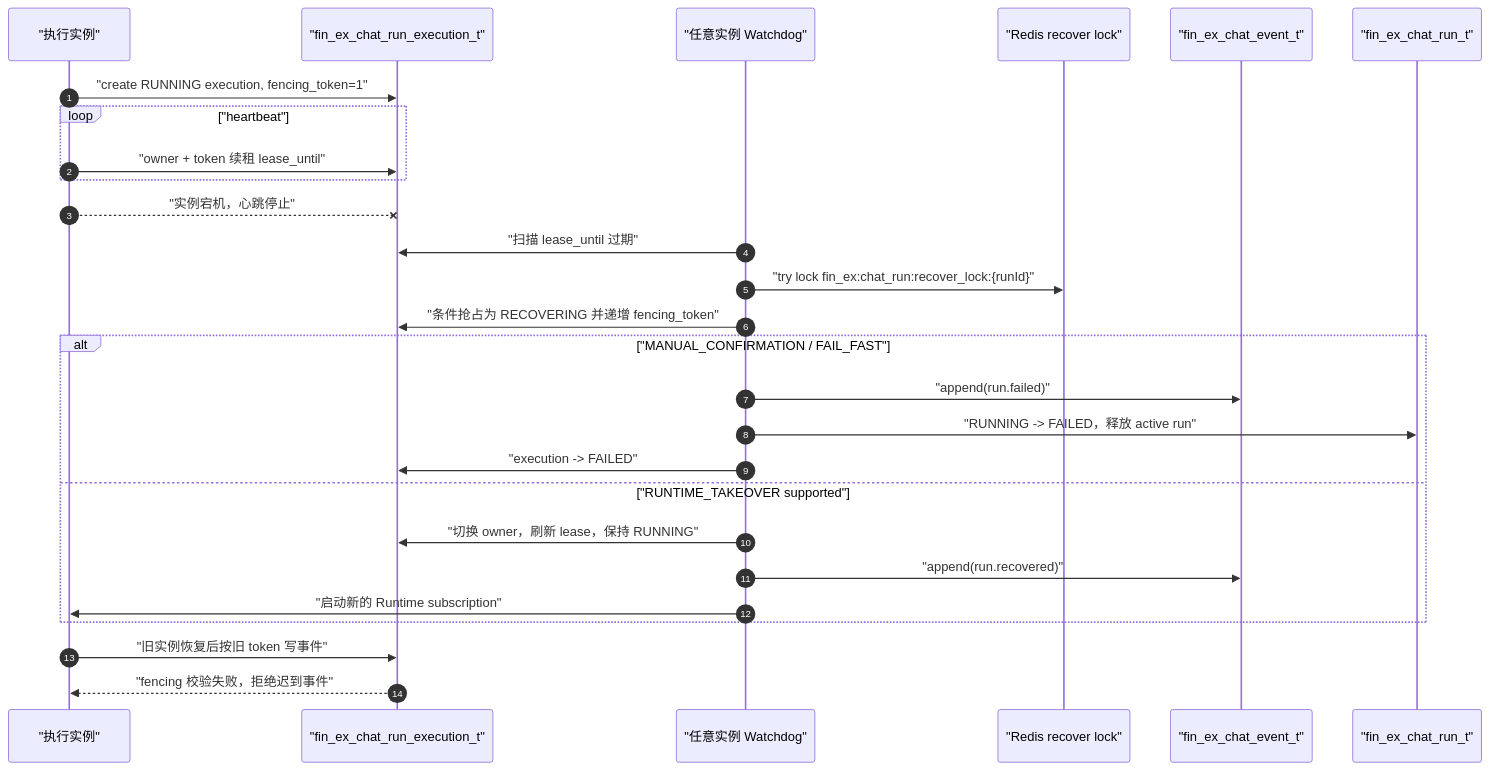
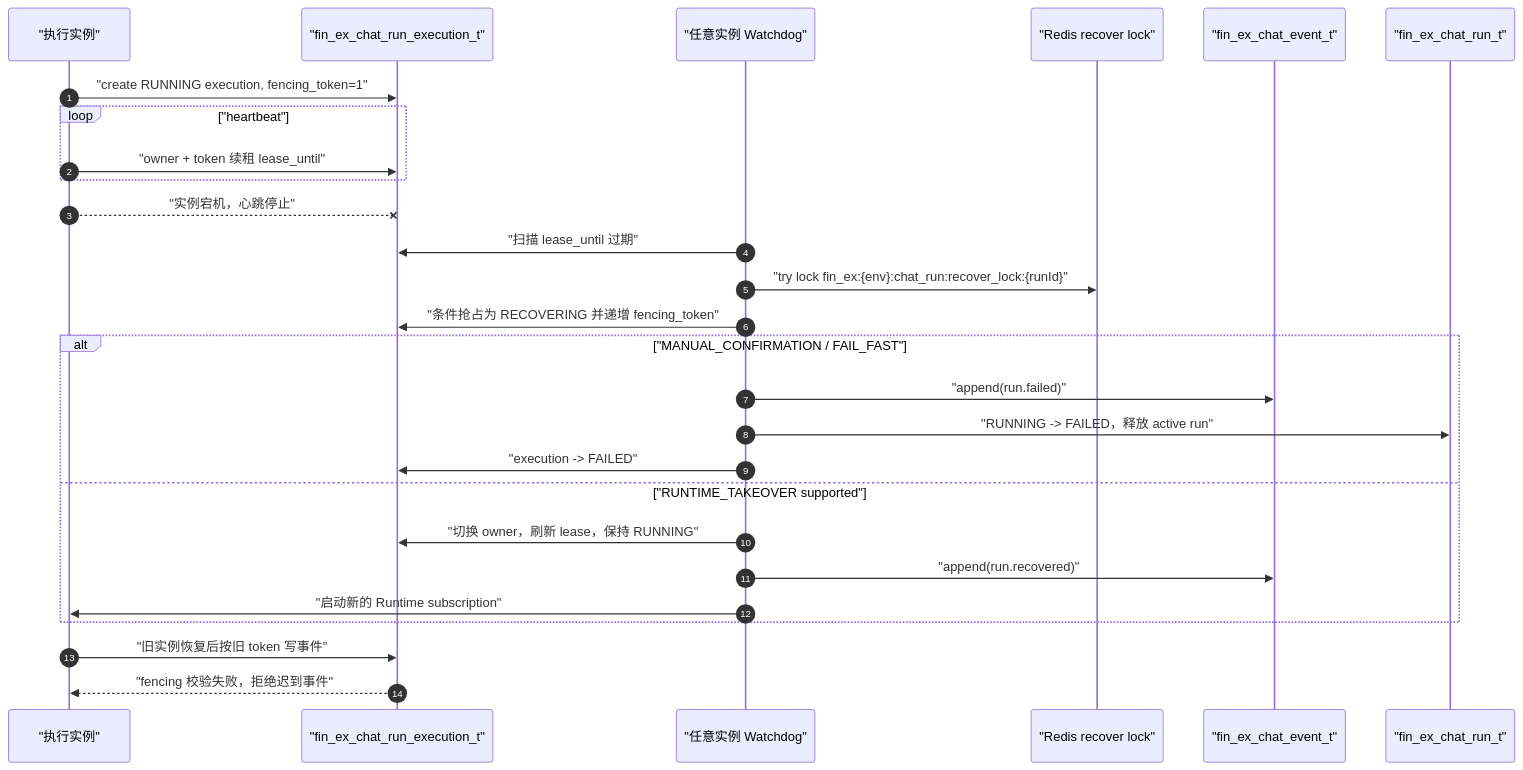
One commit to kunben-duck/exweb changed the seventh of 9 diagrams in docs/architecture/README.md. Above: the diagram before and after it, drawn with Mermaid. The commit also changed other lines of this file and 17 other files, not shown here.

````diff
--- a/docs/architecture/README.md
+++ b/docs/architecture/README.md
@@ -441,30 +441,30 @@
 ```mermaid
 sequenceDiagram
     autonumber
     participant Runner as "执行实例"
     participant ExecStore as "fin_ex_chat_run_execution_t"
     participant Watchdog as "任意实例 Watchdog"
     participant Lock as "Redis recover lock"
     participant EventStore as "fin_ex_chat_event_t"
     participant RunStore as "fin_ex_chat_run_t"
 
     Runner->>ExecStore: "create RUNNING execution, fencing_token=1"
     loop "heartbeat"
         Runner->>ExecStore: "owner + token 续租 lease_until"
     end
     Runner--xExecStore: "实例宕机，心跳停止"
     Watchdog->>ExecStore: "扫描 lease_until 过期"
-    Watchdog->>Lock: "try lock fin_ex:chat_run:recover_lock:{runId}"
+    Watchdog->>Lock: "try lock fin_ex:{env}:chat_run:recover_lock:{runId}"
     Watchdog->>ExecStore: "条件抢占为 RECOVERING 并递增 fencing_token"
     alt "MANUAL_CONFIRMATION / FAIL_FAST"
         Watchdog->>EventStore: "append(run.failed)"
         Watchdog->>RunStore: "RUNNING -> FAILED，释放 active run"
         Watchdog->>ExecStore: "execution -> FAILED"
     else "RUNTIME_TAKEOVER supported"
         Watchdog->>ExecStore: "切换 owner，刷新 lease，保持 RUNNING"
         Watchdog->>EventStore: "append(run.recovered)"
         Watchdog->>Runner: "启动新的 Runtime subscription"
     end
     Runner->>ExecStore: "旧实例恢复后按旧 token 写事件"
     ExecStore-->>Runner: "fencing 校验失败，拒绝迟到事件"
 ```
````
